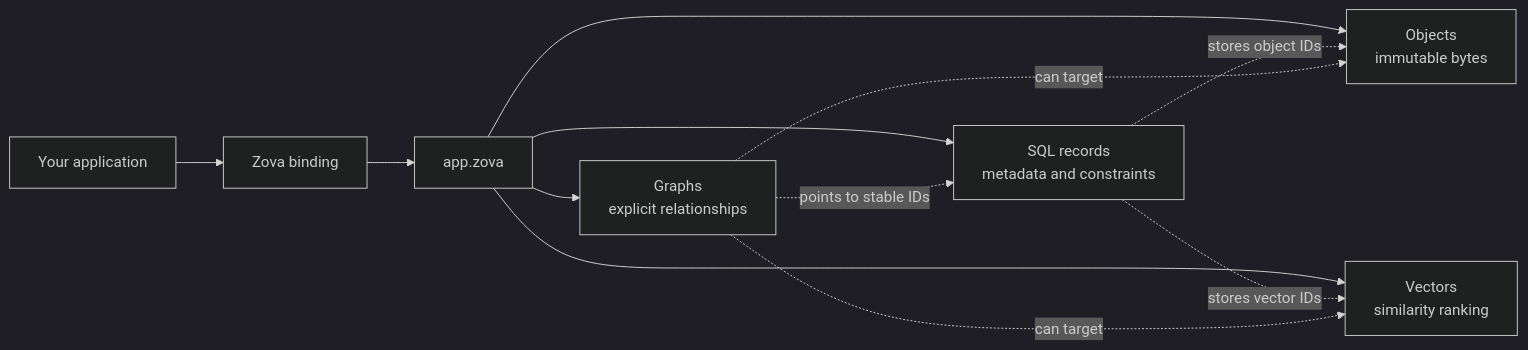
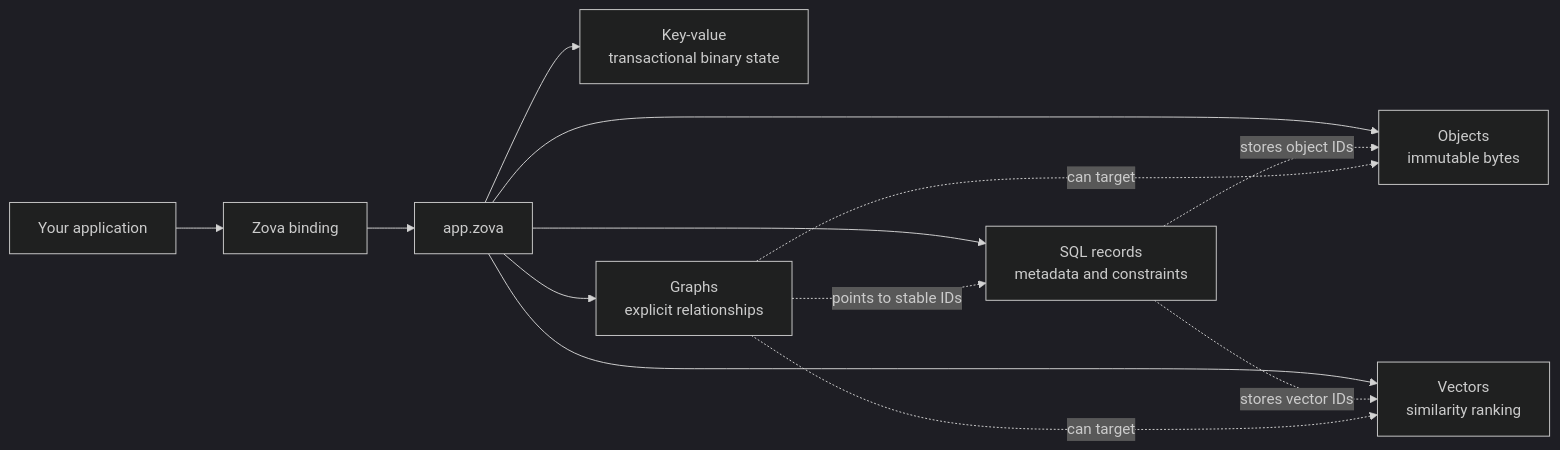
Before and after one commit to ata-sesli/zova-docs: the diagram in docs/intro.md, drawn with Mermaid (dark theme). The commit also changed other lines of this file and 63 other files, not shown here.

````diff
--- a/docs/intro.md
+++ b/docs/intro.md
@@ -31,15 +32,16 @@
 ```mermaid
 flowchart LR
     App["Your application"] --> API["Zova binding"]
     API --> File["app.zova"]
     File --> Records["SQL records<br/>metadata and constraints"]
+    File --> KV["Key-value<br/>transactional binary state"]
     File --> Objects["Objects<br/>immutable bytes"]
     File --> Vectors["Vectors<br/>similarity ranking"]
     File --> Graphs["Graphs<br/>explicit relationships"]
 
     Records -. "stores object IDs" .-> Objects
     Records -. "stores vector IDs" .-> Vectors
     Graphs -. "points to stable IDs" .-> Records
     Graphs -. "can target" .-> Objects
     Graphs -. "can target" .-> Vectors
 ```
````
